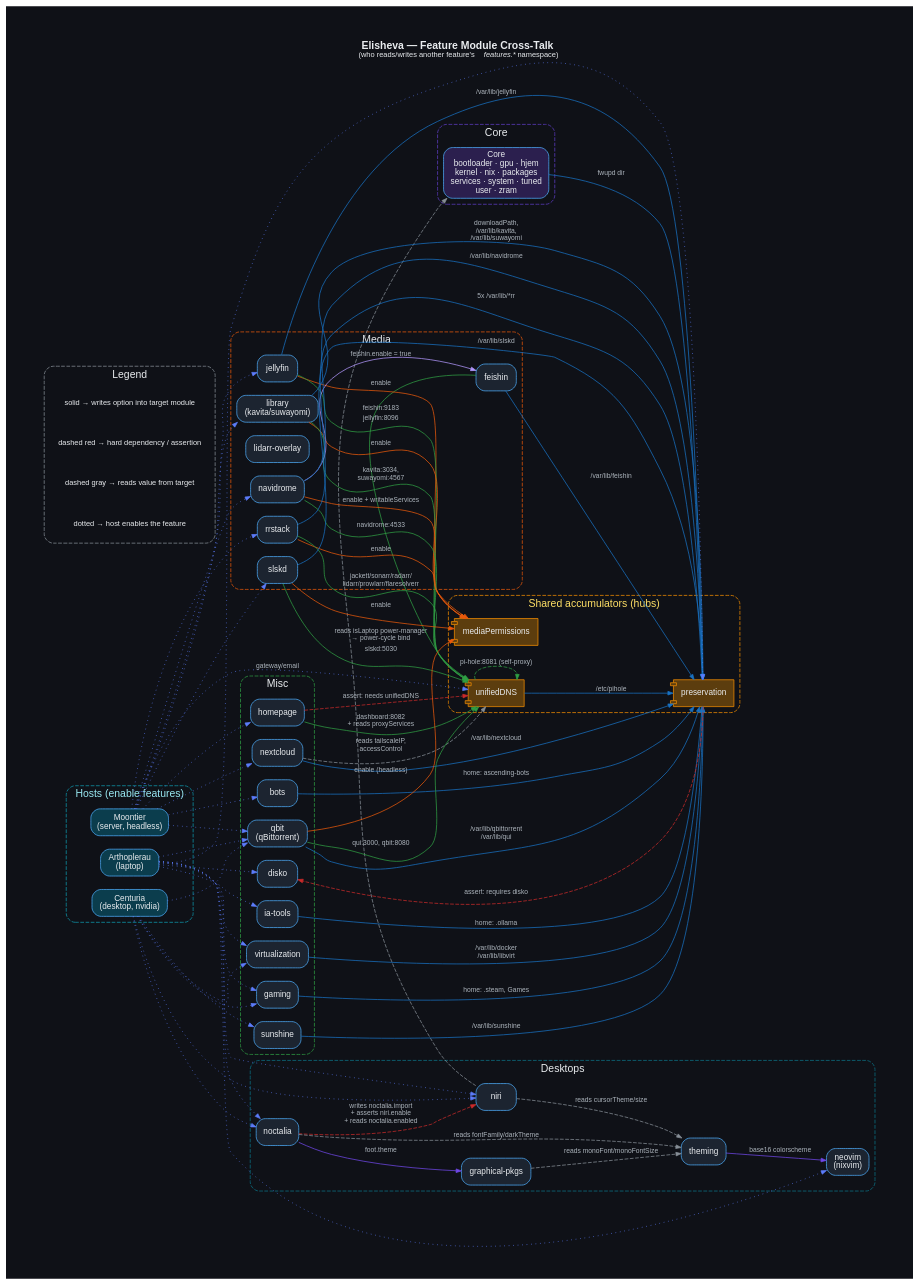
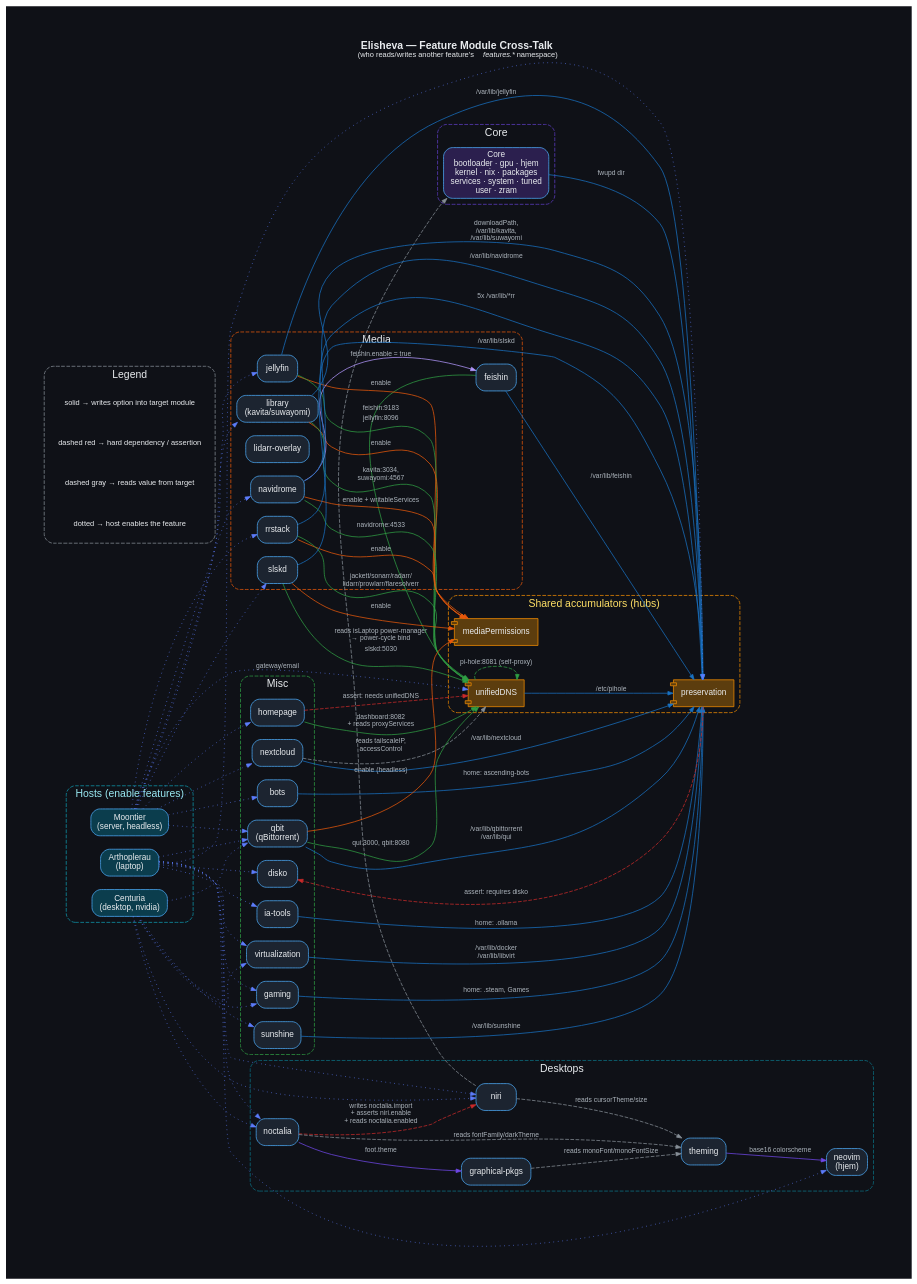
The diagram in images/modules-cross-talk.gv (rPlakama/Elisheva), drawn with Graphviz before and after one commit. The commit also changed 17 other files, not shown here.

Commit message:
General Maintance. Nixvim -> Hjem-nvim (More stuff)

```diff
--- a/images/modules-cross-talk.gv
+++ b/images/modules-cross-talk.gv
@@ -1,175 +1,175 @@
 digraph cross_talk {
   rankdir = LR;
   splines = spline;
   bgcolor = "#0f1117";
   pad = 0.6;
   fontname = "sans-serif";
   fontcolor = "#e9ecef";
   labelloc = "t";
   label = <<B>Elisheva — Feature Module Cross-Talk</B><br/><font point-size="10">(who reads/writes another feature's <i>features.*</i> namespace)</font>>;
 
   node [fontname = "sans-serif", fontsize = 11, color = "#4dabf7", fontcolor = "#e9ecef", shape = box, style = "rounded,filled", fillcolor = "#1c2430"];
 
   edge [fontname = "sans-serif", fontsize = 9, fontcolor = "#adb5bd", arrowsize = 0.7];
 
   subgraph cluster_core {
     label = "Core";
     fontcolor = "#e9ecef";
     style = "dashed,rounded";
     color = "#5f3dc4";
     core [label = "Core\nbootloader · gpu · hjem\nkernel · nix · packages\nservices · system · tuned\nuser · zram", fillcolor = "#2b1f4e"];
   }
 
   subgraph cluster_desktop {
     label = "Desktops";
     fontcolor = "#e9ecef";
     style = "dashed,rounded";
     color = "#0b7285";
     graphicalPkgs [label = "graphical-pkgs"];
     niri [label = "niri"];
     noctalia [label = "noctalia"];
     theming [label = "theming"];
-    neovim [label = "neovim\n(nixvim)"];
+    neovim [label = "neovim\n(hjem)"];
   }
 
   subgraph cluster_media {
     label = "Media";
     fontcolor = "#e9ecef";
     style = "dashed,rounded";
     color = "#e8590c";
     feishin [label = "feishin"];
     jellyfin [label = "jellyfin"];
     library [label = "library\n(kavita/suwayomi)"];
     lidarr_overlay [label = "lidarr-overlay"];
     navidrome [label = "navidrome"];
     rrstack [label = "rrstack"];
     slskd [label = "slskd"];
   }
 
   subgraph cluster_misc {
     label = "Misc";
     fontcolor = "#e9ecef";
     style = "dashed,rounded";
     color = "#2f9e44";
     bots [label = "bots"];
     disko [label = "disko"];
     gaming [label = "gaming"];
     homepage [label = "homepage"];
     ia_tools [label = "ia-tools"];
     nextcloud [label = "nextcloud"];
     qbit [label = "qbit\n(qBittorrent)"];
     sunshine [label = "sunshine"];
     virtualization [label = "virtualization"];
   }
 
   subgraph cluster_hubs {
     label = "Shared accumulators (hubs)";
     fontcolor = "#ffe066";
     style = "dashed,rounded";
     color = "#f08c00";
     preservation [label = "preservation", shape = component, fillcolor = "#5c3d0e", color = "#f08c00"];
     mediaPermissions [label = "mediaPermissions", shape = component, fillcolor = "#5c3d0e", color = "#f08c00"];
     unifiedDNS [label = "unifiedDNS", shape = component, fillcolor = "#5c3d0e", color = "#f08c00"];
   }
 
   subgraph cluster_hosts {
     label = "Hosts (enable features)";
     fontcolor = "#99e9f2";
     style = "dashed,rounded";
     color = "#1098ad";
     moontier [label = "Moontier\n(server, headless)", fillcolor = "#0b3d4d"];
     centuria [label = "Centuria\n(desktop, nvidia)", fillcolor = "#0b3d4d"];
     arthoplerau [label = "Arthoplerau\n(laptop)", fillcolor = "#0b3d4d"];
   }
 
   /* ---- Core -> others ---- */
   core -> preservation [label = "fwupd dir", color = "#1971c2"];
 
   /* ---- Desktops cross-talk ---- */
   niri -> theming [label = "reads cursorTheme/size", color = "#868e96", style = "dashed"];
   noctalia -> theming [label = "reads fontFamily/darkTheme", color = "#868e96", style = "dashed"];
   graphicalPkgs -> theming [label = "reads monoFont/monoFontSize", color = "#868e96", style = "dashed"];
   theming -> neovim [label = "base16 colorscheme", color = "#7048e8"];
   noctalia -> niri [label = "writes noctalia.import\n+ asserts niri.enable\n+ reads noctalia.enabled", color = "#c92a2a", style = "dashed"];
   noctalia -> graphicalPkgs [label = "foot.theme", color = "#7048e8"];
   niri -> core [label = "reads isLaptop power-manager\n→ power-cycle bind", color = "#868e96", style = "dashed"];
 
   /* ---- Media -> hubs ---- */
   feishin -> unifiedDNS [label = "feishin:9183", color = "#2f9e44"];
   feishin -> preservation [label = "/var/lib/feishin", color = "#1971c2"];
   jellyfin -> mediaPermissions [label = "enable", color = "#e8590c"];
   jellyfin -> preservation [label = "/var/lib/jellyfin", color = "#1971c2"];
   jellyfin -> unifiedDNS [label = "jellyfin:8096", color = "#2f9e44"];
   library -> mediaPermissions [label = "enable", color = "#e8590c"];
   library -> preservation [label = "downloadPath,\n/var/lib/kavita,\n/var/lib/suwayomi", color = "#1971c2"];
   library -> unifiedDNS [label = "kavita:3034,\nsuwayomi:4567", color = "#2f9e44"];
   navidrome -> feishin [label = "feishin.enable = true", color = "#b197fc"];
   navidrome -> mediaPermissions [label = "enable + writableServices", color = "#e8590c"];
   navidrome -> preservation [label = "/var/lib/navidrome", color = "#1971c2"];
   navidrome -> unifiedDNS [label = "navidrome:4533", color = "#2f9e44"];
   rrstack -> mediaPermissions [label = "enable", color = "#e8590c"];
   rrstack -> preservation [label = "5x /var/lib/*rr", color = "#1971c2"];
   rrstack -> unifiedDNS [label = "jackett/sonarr/radarr/\nlidarr/prowlarr/flaresolverr", color = "#2f9e44"];
   slskd -> mediaPermissions [label = "enable", color = "#e8590c"];
   slskd -> preservation [label = "/var/lib/slskd", color = "#1971c2"];
   slskd -> unifiedDNS [label = "slskd:5030", color = "#2f9e44"];
 
   /* ---- Misc -> hubs ---- */
   bots -> preservation [label = "home: ascending-bots", color = "#1971c2"];
   gaming -> preservation [label = "home: .steam, Games", color = "#1971c2"];
   homepage -> unifiedDNS [label = "dashboard:8082\n+ reads proxyServices", color = "#2f9e44"];
   homepage -> unifiedDNS [label = "assert: needs unifiedDNS", color = "#c92a2a", style = "dashed"];
   ia_tools -> preservation [label = "home: .ollama", color = "#1971c2"];
   nextcloud -> preservation [label = "/var/lib/nextcloud", color = "#1971c2"];
   nextcloud -> unifiedDNS [label = "reads tailscaleIP,\naccessControl", color = "#868e96", style = "dashed"];
   qbit -> mediaPermissions [label = "enable (headless)", color = "#e8590c"];
   qbit -> preservation [label = "/var/lib/qbittorrent\n/var/lib/qui", color = "#1971c2"];
   qbit -> unifiedDNS [label = "qui:3000, qbit:8080", color = "#2f9e44"];
   sunshine -> preservation [label = "/var/lib/sunshine", color = "#1971c2"];
   virtualization -> preservation [label = "/var/lib/docker\n/var/lib/libvirt", color = "#1971c2"];
   unifiedDNS -> preservation [label = "/etc/pihole", color = "#1971c2"];
   unifiedDNS -> unifiedDNS [label = "pi-hole:8081 (self-proxy)", color = "#2f9e44", style = "dashed"];
   preservation -> disko [label = "assert: requires disko", color = "#c92a2a", style = "dashed"];
 
   /* ---- Hosts -> features ---- */
   moontier -> unifiedDNS [label = "gateway/email", color = "#5c7cfa", style = "dotted"];
   moontier -> library [label = "", color = "#5c7cfa", style = "dotted"];
   moontier -> rrstack [label = "", color = "#5c7cfa", style = "dotted"];
   moontier -> qbit [label = "", color = "#5c7cfa", style = "dotted"];
   moontier -> slskd [label = "", color = "#5c7cfa", style = "dotted"];
   moontier -> homepage [label = "", color = "#5c7cfa", style = "dotted"];
   moontier -> nextcloud [label = "", color = "#5c7cfa", style = "dotted"];
   moontier -> jellyfin [label = "", color = "#5c7cfa", style = "dotted"];
   moontier -> navidrome [label = "", color = "#5c7cfa", style = "dotted"];
   moontier -> bots [label = "", color = "#5c7cfa", style = "dotted"];
 
   centuria -> niri [label = "", color = "#5c7cfa", style = "dotted"];
   centuria -> noctalia [label = "", color = "#5c7cfa", style = "dotted"];
   centuria -> gaming [label = "", color = "#5c7cfa", style = "dotted"];
   centuria -> sunshine [label = "", color = "#5c7cfa", style = "dotted"];
   centuria -> qbit [label = "", color = "#5c7cfa", style = "dotted"];
   centuria -> virtualization [label = "", color = "#5c7cfa", style = "dotted"];
 
   arthoplerau -> niri [label = "", color = "#5c7cfa", style = "dotted"];
   arthoplerau -> noctalia [label = "", color = "#5c7cfa", style = "dotted"];
   arthoplerau -> gaming [label = "", color = "#5c7cfa", style = "dotted"];
   arthoplerau -> qbit [label = "", color = "#5c7cfa", style = "dotted"];
   arthoplerau -> virtualization [label = "", color = "#5c7cfa", style = "dotted"];
   arthoplerau -> ia_tools [label = "", color = "#5c7cfa", style = "dotted"];
   arthoplerau -> disko [label = "", color = "#5c7cfa", style = "dotted"];
   arthoplerau -> preservation [label = "", color = "#5c7cfa", style = "dotted"];
   arthoplerau -> neovim [label = "", color = "#5c7cfa", style = "dotted"];
 
   /* ---- Legend ---- */
   subgraph cluster_legend {
     label = "Legend";
     fontcolor = "#e9ecef";
     style = "dashed,rounded";
     color = "#868e96";
     node [shape = plaintext, fillcolor = "transparent", color = "transparent", fontsize = 10];
     l1 [label = "solid → writes option into target module"];
     l2 [label = "dashed red → hard dependency / assertion"];
     l3 [label = "dashed gray → reads value from target"];
     l4 [label = "dotted → host enables the feature"];
   }
 }
```
